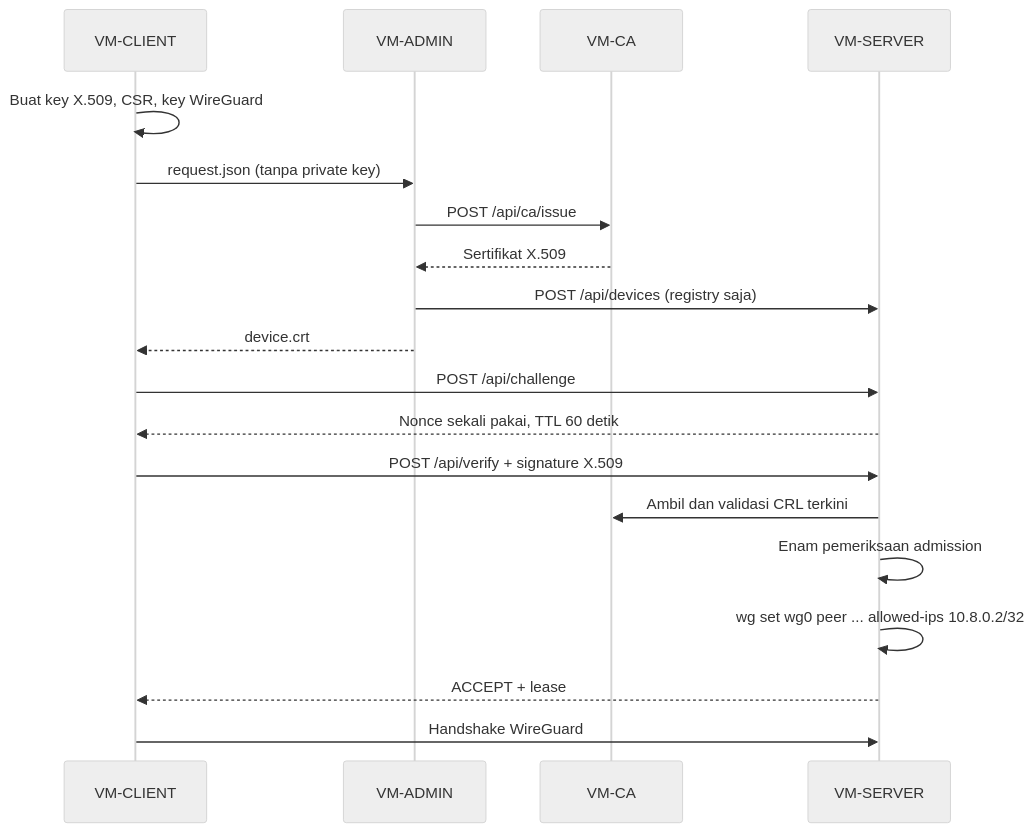
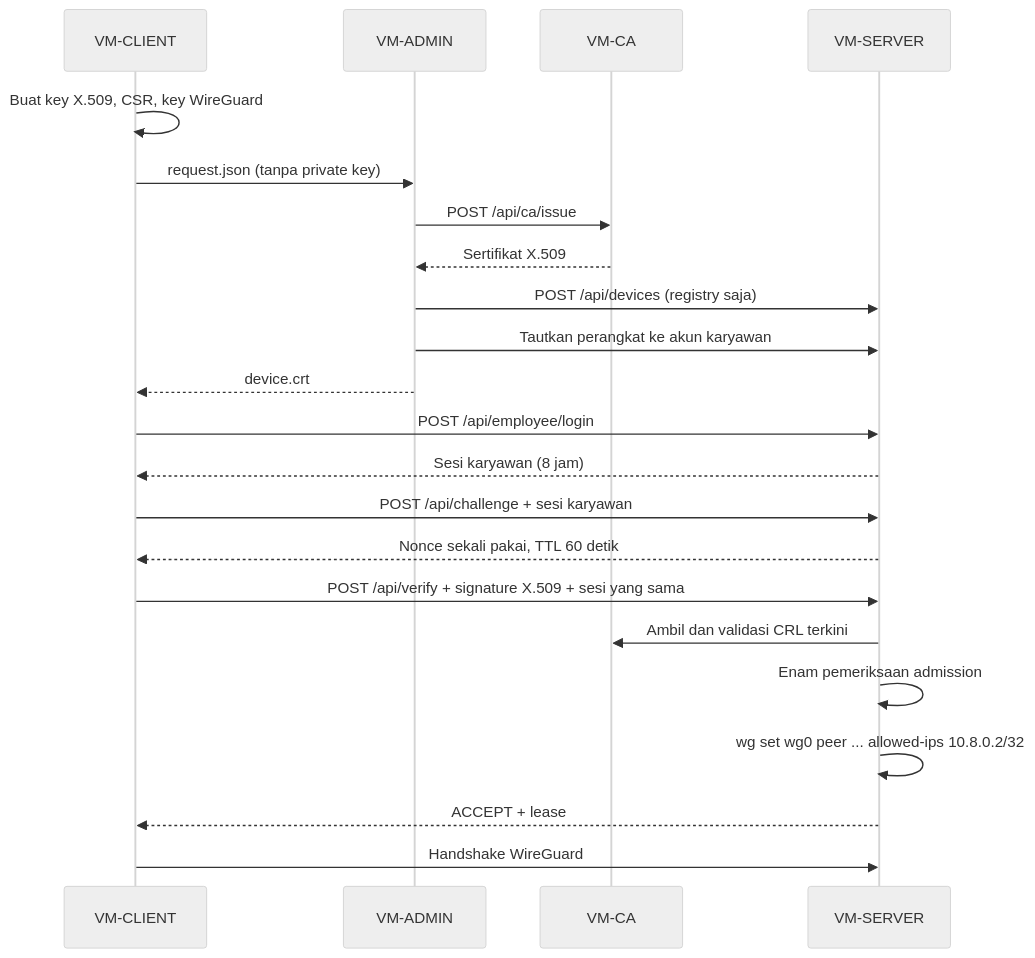
Before and after one commit to LuiLuiLui886/vanguard-ztna: the diagram in README.md, drawn with Mermaid (neutral theme). The commit also changed other lines of this file and 13 other files, not shown here.

````diff
--- a/README.md
+++ b/README.md
@@ -17,21 +17,24 @@
 ```mermaid
 sequenceDiagram
     participant C as VM-CLIENT
     participant A as VM-ADMIN
     participant CA as VM-CA
     participant S as VM-SERVER
     C->>C: Buat key X.509, CSR, key WireGuard
     C->>A: request.json (tanpa private key)
     A->>CA: POST /api/ca/issue
     CA-->>A: Sertifikat X.509
     A->>S: POST /api/devices (registry saja)
+    A->>S: Tautkan perangkat ke akun karyawan
     A-->>C: device.crt
-    C->>S: POST /api/challenge
+    C->>S: POST /api/employee/login
+    S-->>C: Sesi karyawan (8 jam)
+    C->>S: POST /api/challenge + sesi karyawan
     S-->>C: Nonce sekali pakai, TTL 60 detik
-    C->>S: POST /api/verify + signature X.509
+    C->>S: POST /api/verify + signature X.509 + sesi yang sama
     S->>CA: Ambil dan validasi CRL terkini
     S->>S: Enam pemeriksaan admission
     S->>S: wg set wg0 peer ... allowed-ips 10.8.0.2/32
     S-->>C: ACCEPT + lease
     C->>S: Handshake WireGuard
 ```
````
